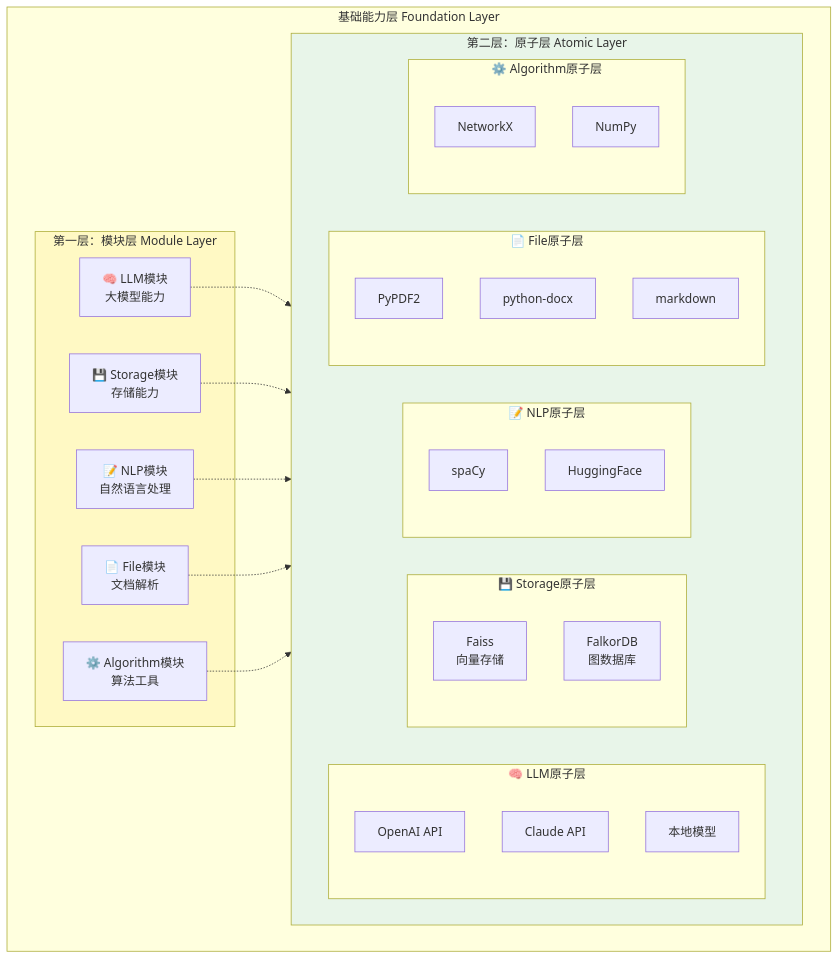
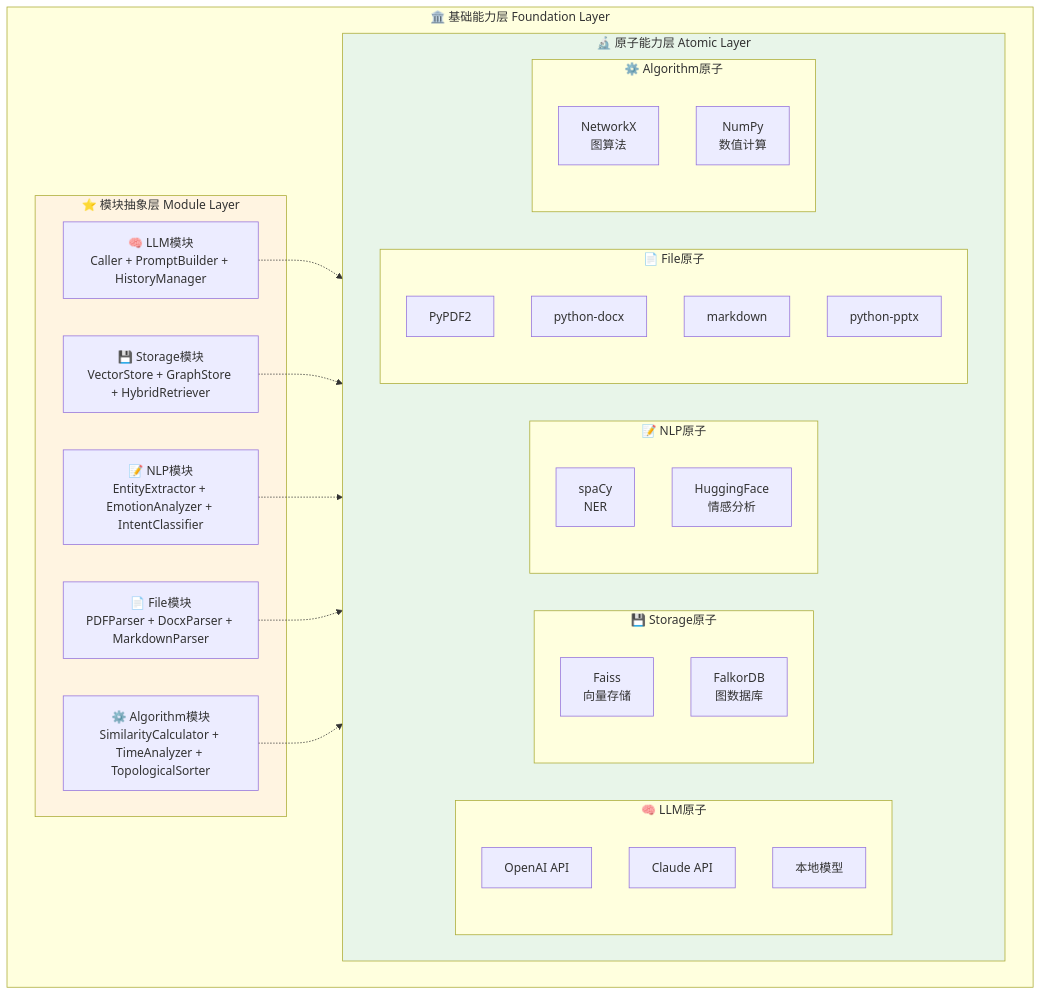
One commit to kailiangenn/another-me changed the second of 13 diagrams in ame-doc/architecture.md. Above: the diagram before and after it, drawn with Mermaid. The commit also changed other lines of this file, not shown here.

````diff
--- a/ame-doc/architecture.md
+++ b/ame-doc/architecture.md
@@ -168,52 +236,53 @@
 ```mermaid
 graph TB
-    subgraph Foundation["基础能力层 Foundation Layer"]
-        subgraph ModuleLayer["第一层：模块层 Module Layer"]
-            M1["🧠 LLM模块<br/>大模型能力"]
-            M2["💾 Storage模块<br/>存储能力"]
-            M3["📝 NLP模块<br/>自然语言处理"]
-            M4["📄 File模块<br/>文档解析"]
-            M5["⚙️ Algorithm模块<br/>算法工具"]
+    subgraph Foundation["🏛️ 基础能力层 Foundation Layer"]
+        subgraph ModuleLayer["⭐ 模块抽象层 Module Layer"]
+            M1["🧠 LLM模块<br/>Caller + PromptBuilder + HistoryManager"]
+            M2["💾 Storage模块<br/>VectorStore + GraphStore + HybridRetriever"]
+            M3["📝 NLP模块<br/>EntityExtractor + EmotionAnalyzer + IntentClassifier"]
+            M4["📄 File模块<br/>PDFParser + DocxParser + MarkdownParser"]
+            M5["⚙️ Algorithm模块<br/>SimilarityCalculator + TimeAnalyzer + TopologicalSorter"]
         end
         
-        subgraph AtomicLayer["第二层：原子层 Atomic Layer"]
+        subgraph AtomicLayer["🔬 原子能力层 Atomic Layer"]
             direction LR
             
-            subgraph LLM_Atomic["🧠 LLM原子层"]
+            subgraph LLM_Atomic["🧠 LLM原子"]
                 L1["OpenAI API"]
                 L2["Claude API"]
                 L3["本地模型"]
             end
             
-            subgraph Storage_Atomic["💾 Storage原子层"]
+            subgraph Storage_Atomic["💾 Storage原子"]
                 S1["Faiss<br/>向量存储"]
                 S2["FalkorDB<br/>图数据库"]
             end
             
-            subgraph NLP_Atomic["📝 NLP原子层"]
-                N1["spaCy"]
-                N2["HuggingFace"]
+            subgraph NLP_Atomic["📝 NLP原子"]
+                N1["spaCy<br/>NER"]
+                N2["HuggingFace<br/>情感分析"]
             end
             
-            subgraph File_Atomic["📄 File原子层"]
+            subgraph File_Atomic["📄 File原子"]
                 F1["PyPDF2"]
                 F2["python-docx"]
                 F3["markdown"]
+                F4["python-pptx"]
             end
             
-            subgraph Algorithm_Atomic["⚙️ Algorithm原子层"]
-                A1["NetworkX"]
-                A2["NumPy"]
+            subgraph Algorithm_Atomic["⚙️ Algorithm原子"]
+                A1["NetworkX<br/>图算法"]
+                A2["NumPy<br/>数值计算"]
             end
         end
         
         M1 -.-> LLM_Atomic
         M2 -.-> Storage_Atomic
         M3 -.-> NLP_Atomic
         M4 -.-> File_Atomic
         M5 -.-> Algorithm_Atomic
     end
     
-    style ModuleLayer fill:#fff9c4
+    style ModuleLayer fill:#fff4e1
     style AtomicLayer fill:#e8f5e9
 ```
````
